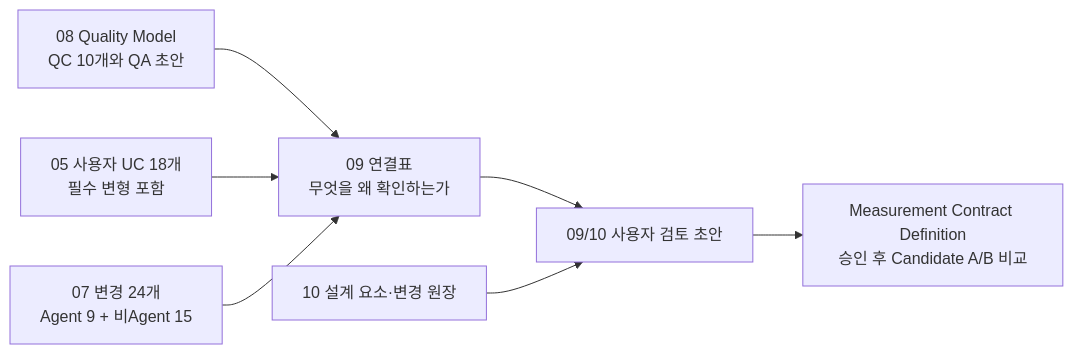
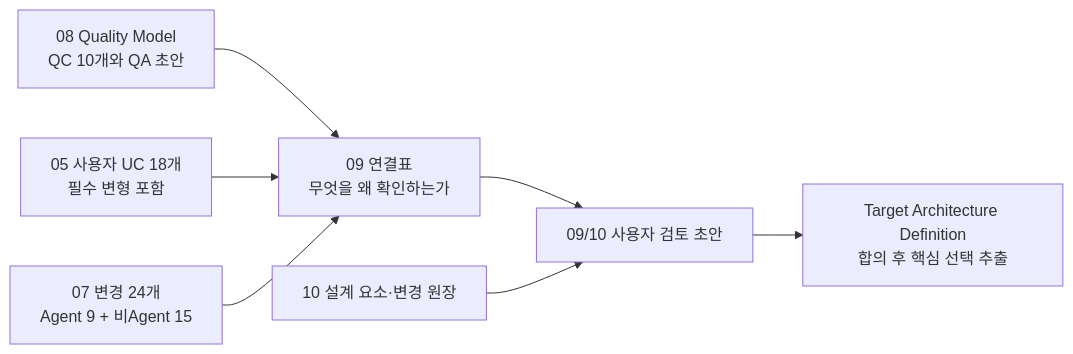
Before and after one commit to cbyche/via-sw-architecture: the diagram in docs/architecture/09-traceability.md, drawn with Mermaid. The commit also changed other lines of this file and 12 other files, not shown here.

Commit message:
docs: make target architecture the step 12 entrypoint

````diff
--- a/docs/architecture/09-traceability.md
+++ b/docs/architecture/09-traceability.md
@@ -21,16 +22,16 @@
 ```mermaid
 flowchart LR
     Q["08 Quality Model<br/>QC 10개와 QA 초안"]
     U["05 사용자 UC 18개<br/>필수 변형 포함"]
     X["07 변경 24개<br/>Agent 9 + 비Agent 15"]
     T["09 연결표<br/>무엇을 왜 확인하는가"]
     E["10 설계 요소·변경 원장"]
     R["09/10 사용자 검토 초안"]
-    NEXT["Measurement Contract Definition<br/>승인 후 Candidate A/B 비교"]
+    NEXT["Target Architecture Definition<br/>합의 후 핵심 선택 추출"]
     Q --> T
     U --> T
     X --> T
     T --> R
     E --> R
     R --> NEXT
 ```
````
